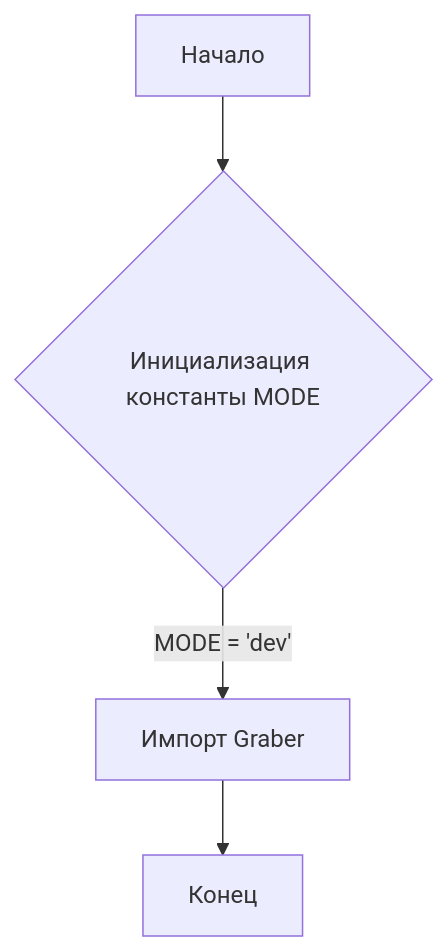
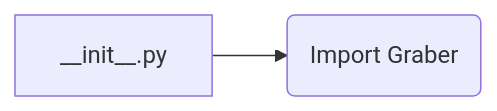
The first of 2 diagrams in docs/gemini/ru/explainer/src/suppliers/kualastyle/__init__.md (hypo69/hypo), drawn with Mermaid before and after one commit. The commit also changed other lines of this file and 468 other files, not shown here.

````diff
--- a/docs/gemini/ru/explainer/src/suppliers/kualastyle/__init__.md
+++ b/docs/gemini/ru/explainer/src/suppliers/kualastyle/__init__.md
@@ -25,6 +25,4 @@
 ```mermaid
-graph TD
-    A[Начало] --> B{Инициализация константы MODE};
-    B -- MODE = 'dev' --> C[Импорт Graber];
-    C --> D[Конец];
+graph LR
+    A[__init__.py] --> B(Import Graber);
 ```
````
